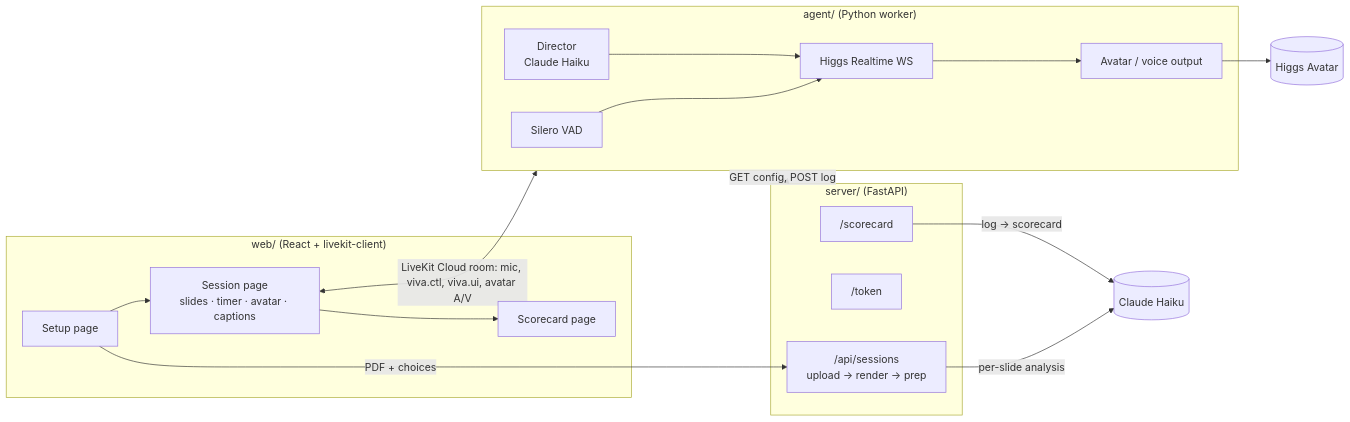
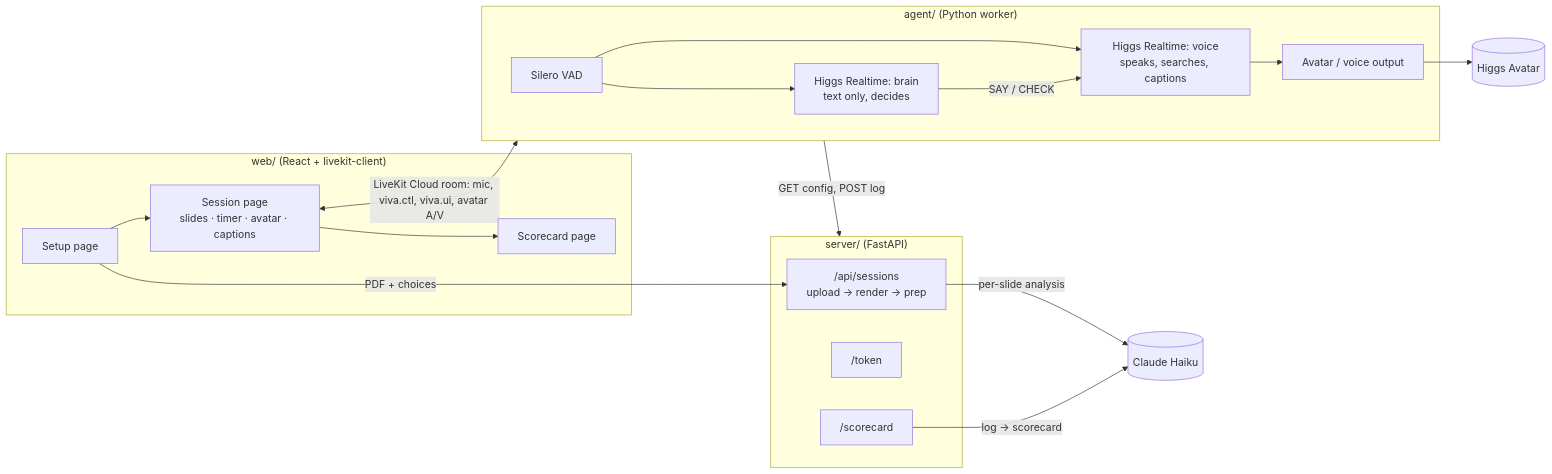
One commit to kehanxiao/Boson_ai_Hack changed the diagram in README.md. Above: the diagram before and after it, drawn with Mermaid. The commit also changed other lines of this file and 14 other files, not shown here.

````diff
--- a/README.md
+++ b/README.md
@@ -34,23 +36,24 @@
 ```mermaid
 flowchart LR
   subgraph Browser["web/ (React + livekit-client)"]
     Setup[Setup page] --> Session[Session page<br/>slides · timer · avatar · captions]
     Session --> Score[Scorecard page]
   end
   subgraph Server["server/ (FastAPI)"]
     API["/api/sessions<br/>upload → render → prep"]
     Tok["/token"]
     SC["/scorecard"]
   end
   subgraph Agent["agent/ (Python worker)"]
-    VAD[Silero VAD] --> RT[Higgs Realtime WS]
-    Dir[Director<br/>Claude Haiku] --> RT
+    VAD[Silero VAD] --> Brain[Higgs Realtime: brain<br/>text only, decides]
+    VAD --> RT[Higgs Realtime: voice<br/>speaks, searches, captions]
+    Brain -->|"SAY / CHECK"| RT
     RT --> Out[Avatar / voice output]
   end
   Setup -->|"PDF + choices"| API
   API -->|"per-slide analysis"| Haiku[(Claude Haiku)]
   SC -->|"log → scorecard"| Haiku
   Session <-->|"LiveKit Cloud room: mic, viva.ctl, viva.ui, avatar A/V"| Agent
   Agent -->|"GET config, POST log"| Server
   Out --> Avatar[(Higgs Avatar)]
 ```
````
